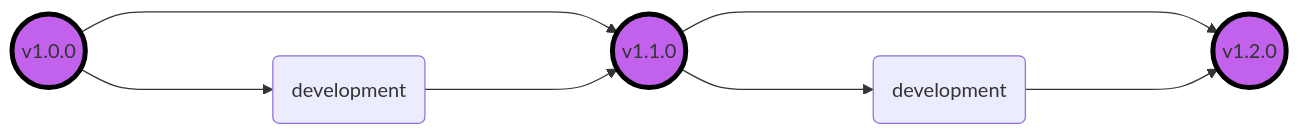
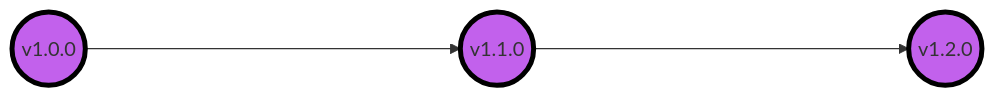
One commit to MateuSanta/Practica5 changed the diagram in README.md. Above: the diagram before and after it, drawn with Mermaid.

````diff
--- a/README.md
+++ b/README.md
@@ -11,20 +11,20 @@
  ```mermaid
     graph LR;
         master((v1.0.0))------->master1((v1.1.0))
-        master((v1.0.0))---->development1(development)
-        development1(development)---->master1((v1.1.0))
-        master1((v1.1.0))---->development2(development)
+        
+        
+        
         master1((v1.1.0))------->masterfinal((v1.2.0))
-        development2(development)---->masterfinal((v1.2.0))
+        
     
     classDef purple fill:#C261EC ,stroke: black,stroke-width:4px
     classDef red fill:#EC6161 ,stroke: black,stroke-width:4px
 
     class master purple
     class master1 purple
     class masterfinal purple
     class development red
     
         
     
 ```
````
